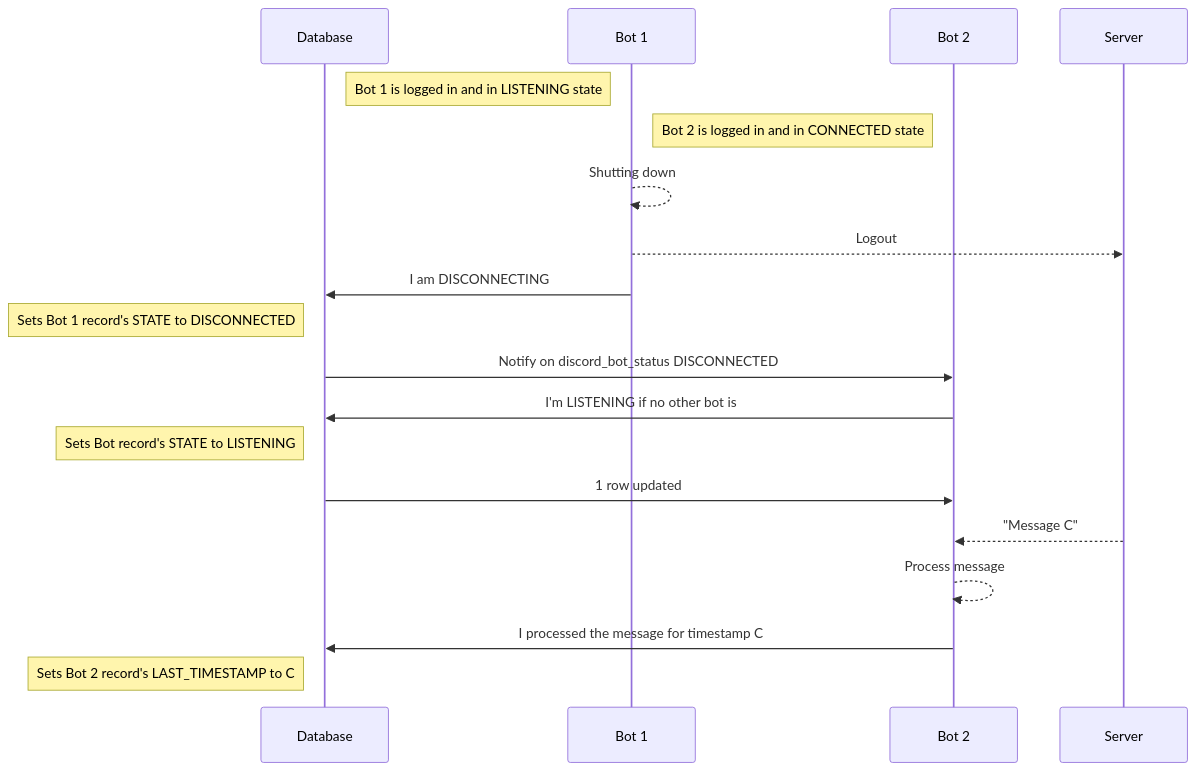
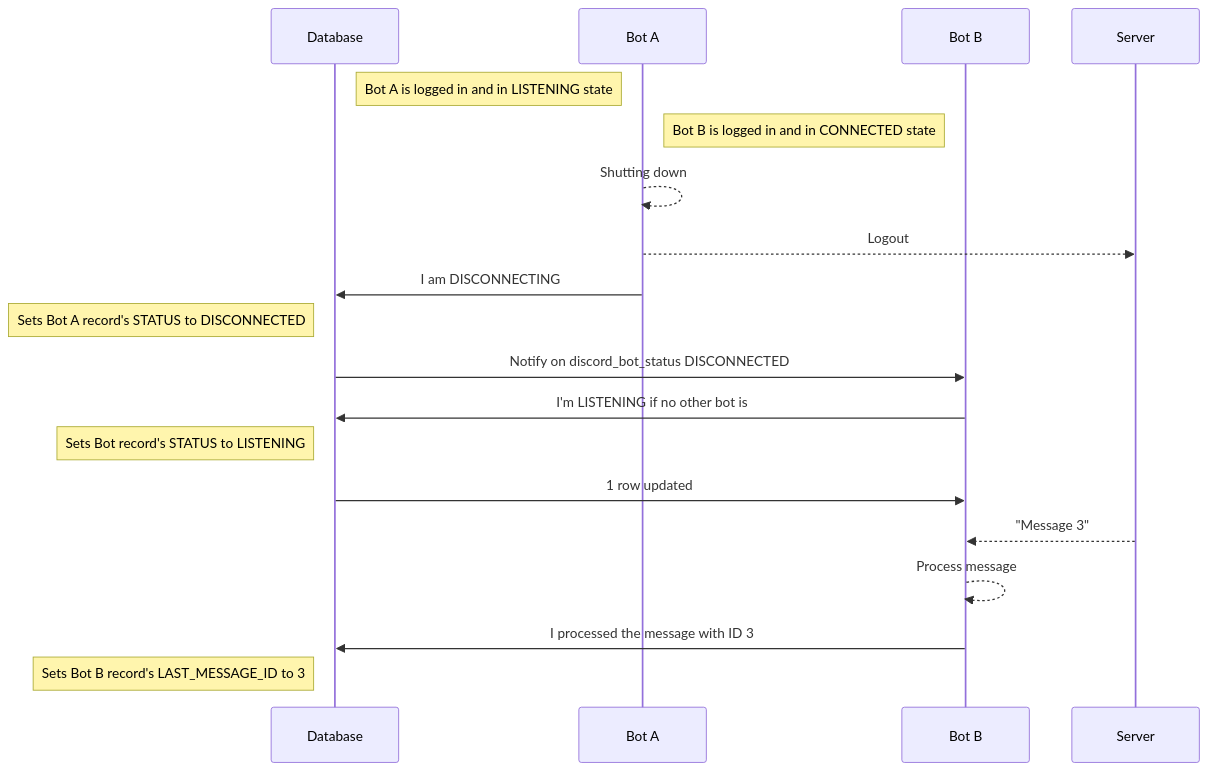
Before and after one commit to cardstack/cardstack: the third of 4 diagrams in packages/discord-bot/docs/multiple-bot-instances-sequence-diagram.md, drawn with Mermaid. The commit also changed other lines of this file, not shown here.

Commit message:
Update sequence diagrams

````diff
--- a/packages/discord-bot/docs/multiple-bot-instances-sequence-diagram.md
+++ b/packages/discord-bot/docs/multiple-bot-instances-sequence-diagram.md
@@ -83,24 +83,24 @@
 ```mermaid
 sequenceDiagram
     participant Database
-    participant Bot 1
-    participant Bot 2
+    participant Bot A
+    participant Bot B
     participant Server
 
-    Note left of Bot 1: Bot 1 is logged in and in LISTENING state
-    Note left of Bot 2: Bot 2 is logged in and in CONNECTED state
+    Note left of Bot A: Bot A is logged in and in LISTENING state
+    Note left of Bot B: Bot B is logged in and in CONNECTED state
 
-    Bot 1-->>Bot 1: Shutting down
-    Bot 1-->>Server: Logout
-    Bot 1->>Database: I am DISCONNECTING
-    Note left of Database: Sets Bot 1 record's STATE to DISCONNECTED
-    Database->>Bot 2: Notify on discord_bot_status DISCONNECTED
-    Bot 2->>Database: I'm LISTENING if no other bot is
-    Note left of Database: Sets Bot record's STATE to LISTENING
-    Database->>Bot 2: 1 row updated
+    Bot A-->>Bot A: Shutting down
+    Bot A-->>Server: Logout
+    Bot A->>Database: I am DISCONNECTING
+    Note left of Database: Sets Bot A record's STATUS to DISCONNECTED
+    Database->>Bot B: Notify on discord_bot_status DISCONNECTED
+    Bot B->>Database: I'm LISTENING if no other bot is
+    Note left of Database: Sets Bot record's STATUS to LISTENING
+    Database->>Bot B: 1 row updated
 
-    Server-->>Bot 2: "Message C"
-    Bot 2-->>Bot 2: Process message
-    Bot 2->>Database: I processed the message for timestamp C
-    Note left of Database: Sets Bot 2 record's LAST_TIMESTAMP to C
+    Server-->>Bot B: "Message 3"
+    Bot B-->>Bot B: Process message
+    Bot B->>Database: I processed the message with ID 3
+    Note left of Database: Sets Bot B record's LAST_MESSAGE_ID to 3
 ```
````
